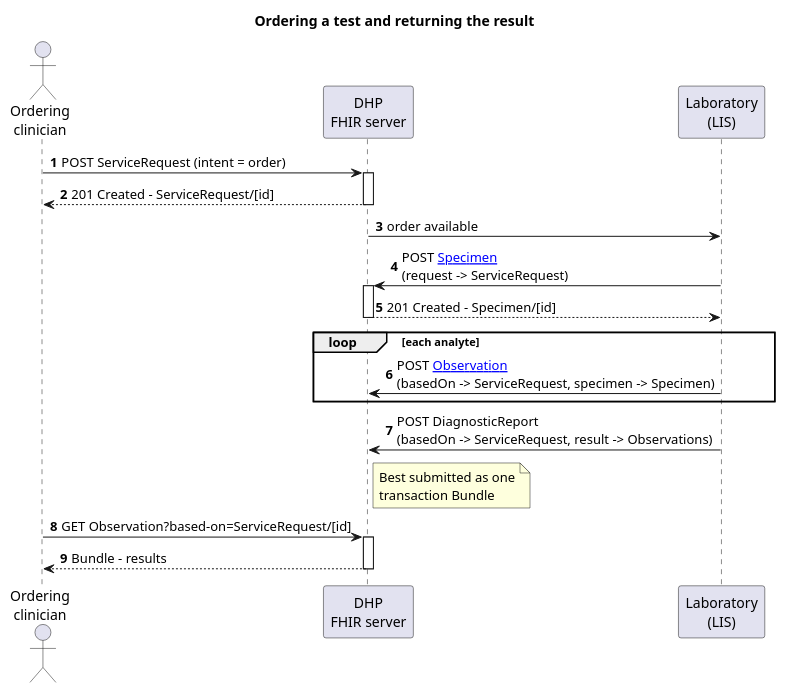
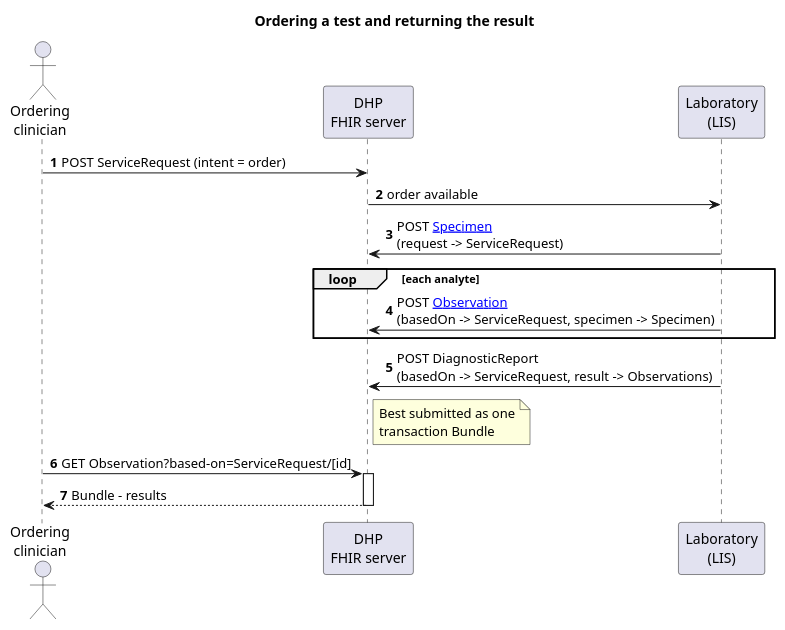
The diagram in input/images-source/lab-sequence.plantuml (uzinfocom-org/digital-health-ig), drawn with PlantUML before and after one commit.

Commit message:
Drop 201 Created arrows from lab sequence diagram for consistency

```diff
--- a/input/images-source/lab-sequence.plantuml
+++ b/input/images-source/lab-sequence.plantuml
@@ -1,30 +1,24 @@
 @startuml lab-sequence
 title Ordering a test and returning the result
 autonumber
 
 actor "Ordering\nclinician" as Clin
 participant "DHP\nFHIR server" as DHP
 participant "Laboratory\n(LIS)" as Lab
 
 Clin -> DHP : POST ServiceRequest (intent = order)
-activate DHP
-DHP --> Clin : 201 Created - ServiceRequest/[id]
-deactivate DHP
 
 DHP -> Lab : order available
 Lab -> DHP : POST [[StructureDefinition-uz-core-specimen.html Specimen]]\n(request -> ServiceRequest)
-activate DHP
-DHP --> Lab : 201 Created - Specimen/[id]
-deactivate DHP
 
 loop each analyte
   Lab -> DHP : POST [[StructureDefinition-uz-core-observation.html Observation]]\n(basedOn -> ServiceRequest, specimen -> Specimen)
 end
 Lab -> DHP : POST DiagnosticReport\n(basedOn -> ServiceRequest, result -> Observations)
 note right of DHP : Best submitted as one\ntransaction Bundle
 
 Clin -> DHP : GET Observation?based-on=ServiceRequest/[id]
 activate DHP
 DHP --> Clin : Bundle - results
 deactivate DHP
 @enduml
```
